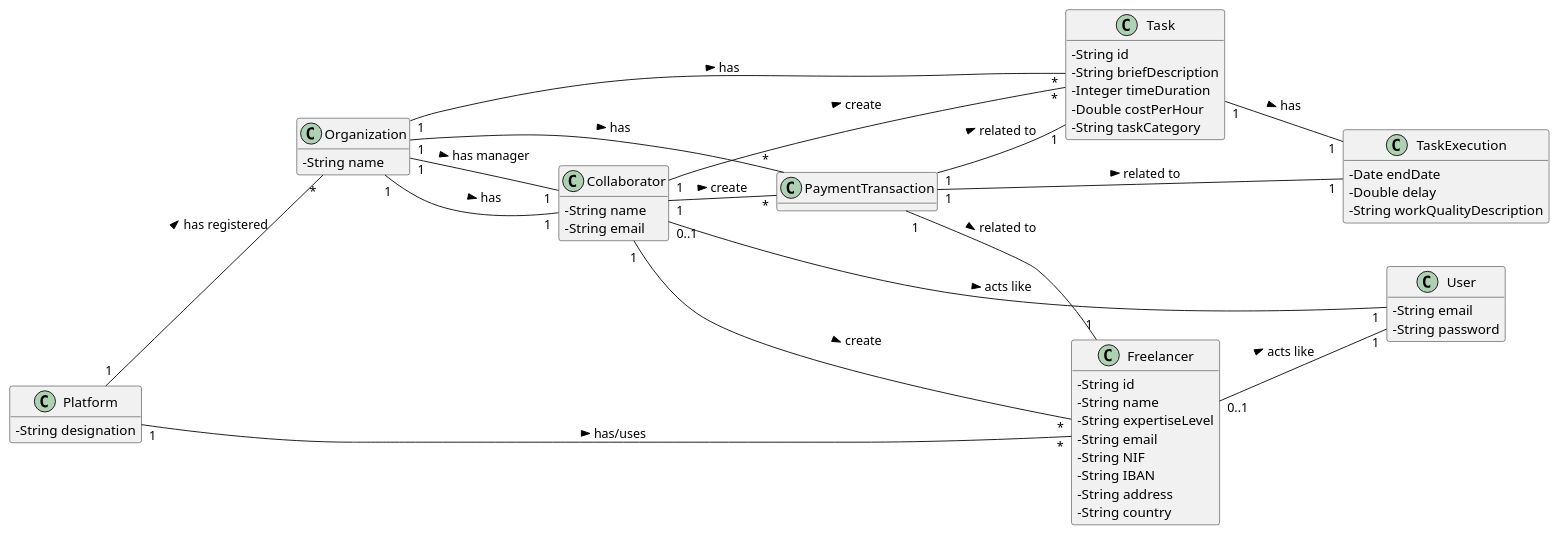
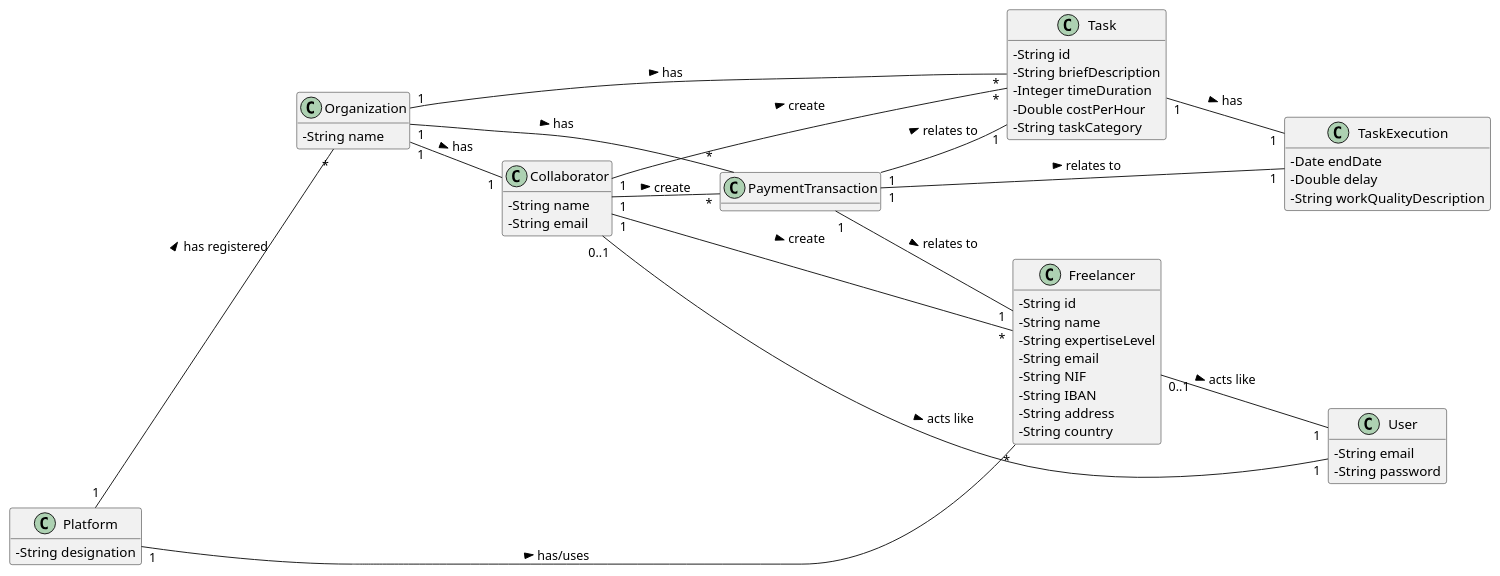
The diagram in docs/UC3 - Create Payment Transaction/UC3_MD.puml (pedrolemos4/LAPR2), drawn with PlantUML before and after one commit. The commit also changed 3 other files, not shown here.

```diff
--- a/docs/UC3 - Create Payment Transaction/UC3_MD.puml
+++ b/docs/UC3 - Create Payment Transaction/UC3_MD.puml
@@ -1,69 +1,68 @@
 @startuml
 skinparam classAttributeIconSize 0
 hide methods
 left to right direction
 
 class Platform {
   -String designation
 }
 
 class Organization {
   -String name
 }
 
 class Collaborator {
   -String name
   -String email
 }
 
 
 class User {
   -String email
   -String password
 }
 
 class Freelancer {
   -String id
   -String name
   -String expertiseLevel
   -String email
   -String NIF
   -String IBAN
   -String address
   -String country
   }
 
 class Task {
  -String id
  -String briefDescription
  -Integer timeDuration
  -Double costPerHour
  -String taskCategory
 }
 
 class TaskExecution {
  -Date endDate
  -Double delay
  -String workQualityDescription
 }
 
 class PaymentTransaction{
 }
 
 Platform "1" -- "*" Organization : has registered >
 Platform "1" -- "*" Freelancer : has/uses >
 Organization "1" -- "1" Collaborator: has >
-Organization "1" -- "1" Collaborator: has manager >
 Organization "1" -- "*" Task: has >
 Organization "1" -- "*" PaymentTransaction: has >
 Collaborator "0..1" -- "1" User: acts like >
 Freelancer "0..1" -- "1" User: acts like >
 Collaborator "1" -- "*" Freelancer: create >
 Collaborator "1" -- "*" Task: create >
 Collaborator "1" -- "*" PaymentTransaction: create >
-PaymentTransaction "1" -- "1" Freelancer: related to >
-PaymentTransaction "1" -- "1" Task: related to >
-PaymentTransaction "1" -- "1" TaskExecution: related to >
+PaymentTransaction "1" -- "1" Freelancer: relates to >
+PaymentTransaction "1" -- "1" Task: relates to >
+PaymentTransaction "1" -- "1" TaskExecution: relates to >
 Task "1" -- "1" TaskExecution: has >
 
 @enduml
```
